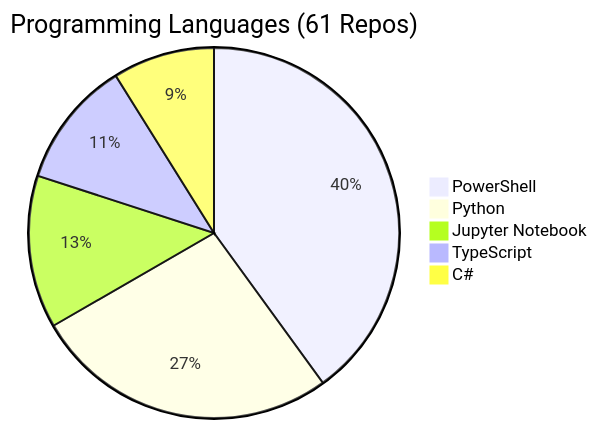
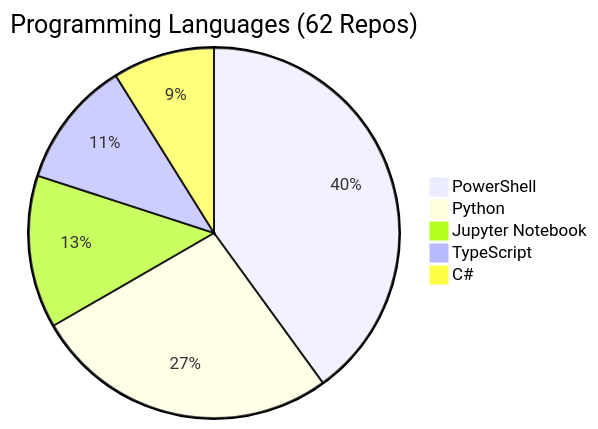
Before and after one commit to fabioc-aloha/fabioc-aloha: the diagram in REPOS.md, drawn with Mermaid. The commit also changed other lines of this file and 1 other file, not shown here.

````diff
--- a/REPOS.md
+++ b/REPOS.md
@@ -104,8 +105,8 @@
 ```mermaid
-pie title Programming Languages (61 Repos)
+pie title Programming Languages (62 Repos)
     "PowerShell" : 18
     "Python" : 12
     "Jupyter Notebook" : 6
     "TypeScript" : 5
     "C#" : 4
 ```
````
